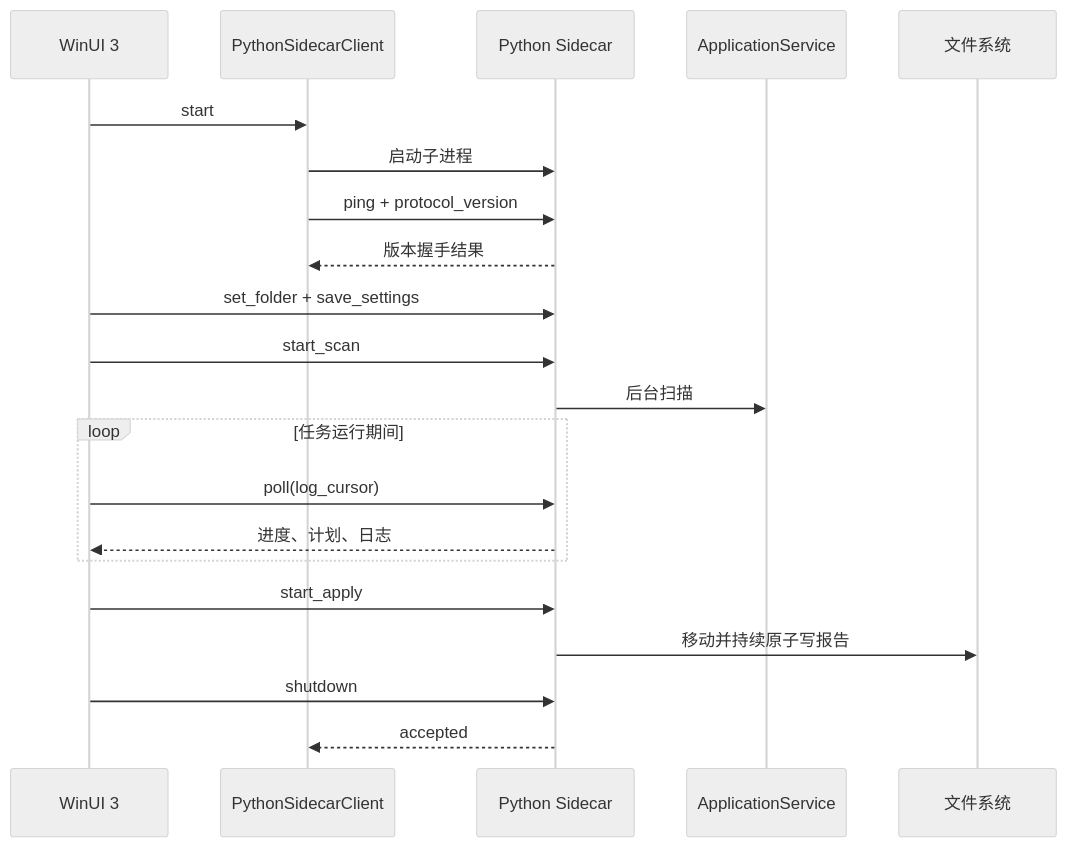
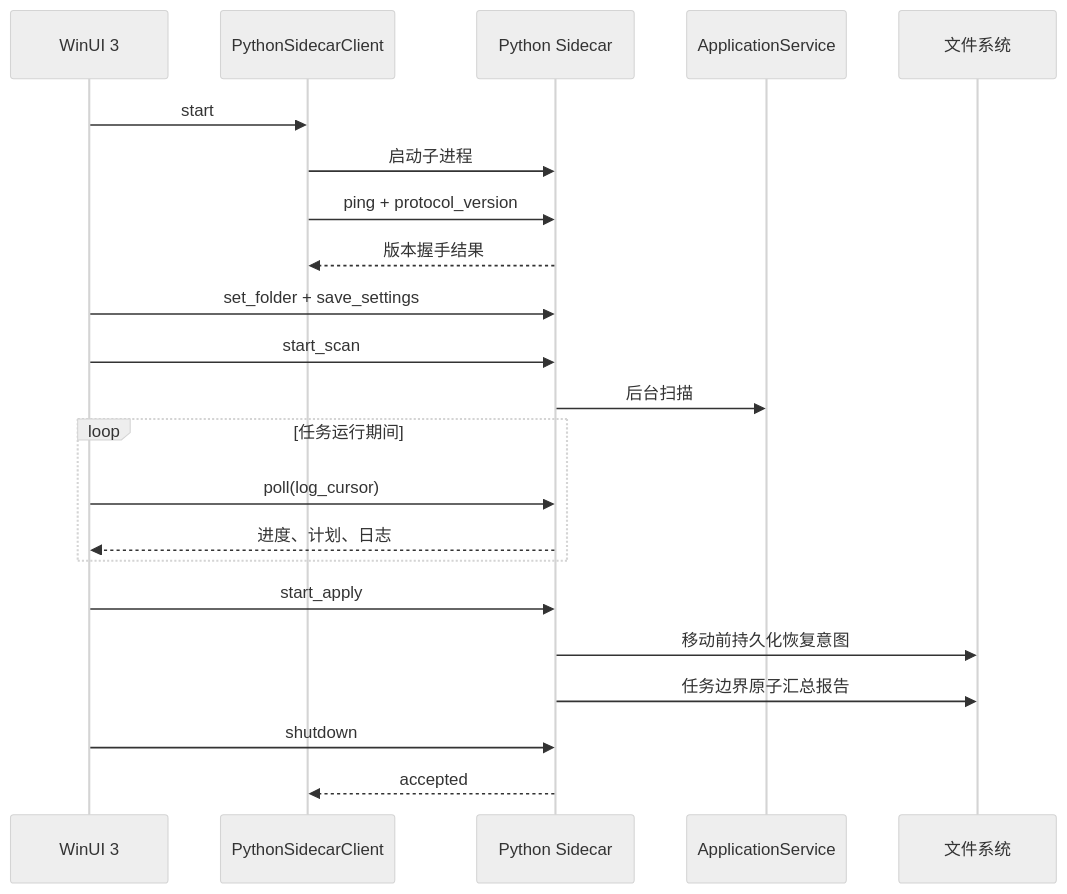
One commit to chenhaoxiang05/LightNovelSelector changed the diagram in docs/WINUI_ARCHITECTURE.md. Above: the diagram before and after it, drawn with Mermaid (neutral theme). The commit also changed other lines of this file and 12 other files, not shown here.

````diff
--- a/docs/WINUI_ARCHITECTURE.md
+++ b/docs/WINUI_ARCHITECTURE.md
@@ -7,24 +7,25 @@
 ```mermaid
 sequenceDiagram
     participant UI as WinUI 3
     participant Client as PythonSidecarClient
     participant Sidecar as Python Sidecar
     participant Service as ApplicationService
     participant FS as 文件系统
 
     UI->>Client: start
     Client->>Sidecar: 启动子进程
     Client->>Sidecar: ping + protocol_version
     Sidecar-->>Client: 版本握手结果
     UI->>Sidecar: set_folder + save_settings
     UI->>Sidecar: start_scan
     Sidecar->>Service: 后台扫描
     loop 任务运行期间
         UI->>Sidecar: poll(log_cursor)
         Sidecar-->>UI: 进度、计划、日志
     end
     UI->>Sidecar: start_apply
-    Sidecar->>FS: 移动并持续原子写报告
+    Sidecar->>FS: 移动前持久化恢复意图
+    Sidecar->>FS: 任务边界原子汇总报告
     UI->>Sidecar: shutdown
     Sidecar-->>Client: accepted
 ```
````
